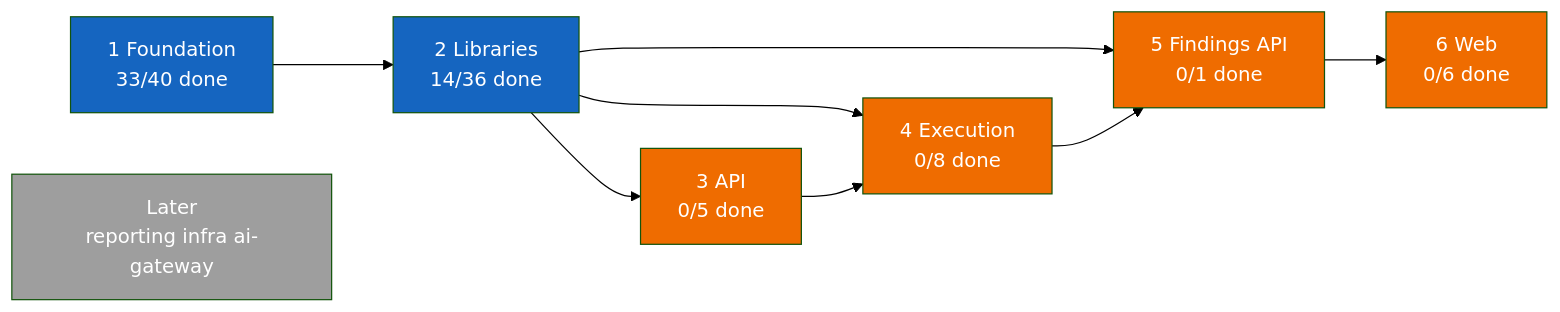
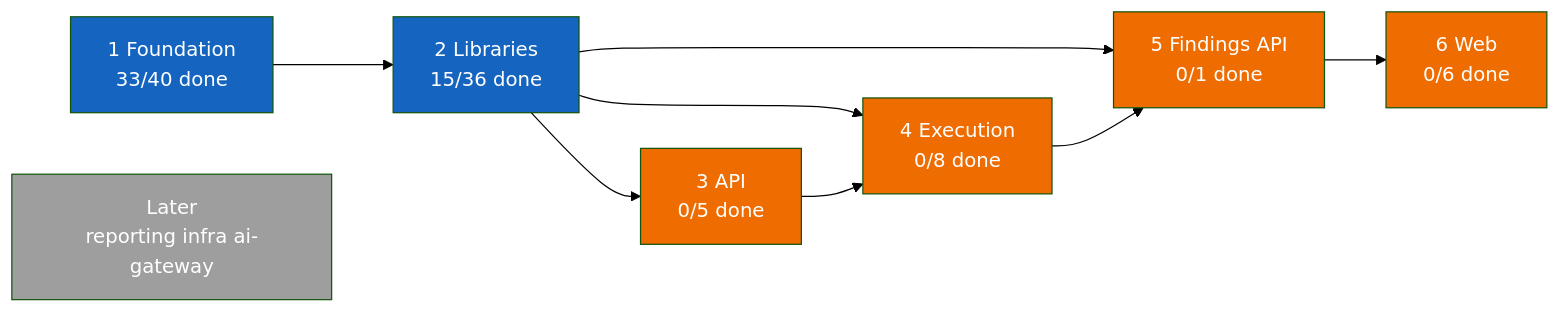
Before and after one commit to vulcanflow/docs: the first of 2 diagrams in PROGRESS.md, drawn with Mermaid (forest theme). The commit also changed other lines of this file and 1 other file, not shown here.

````diff
--- a/PROGRESS.md
+++ b/PROGRESS.md
@@ -24,31 +24,31 @@
 ```mermaid
 flowchart LR
   P1["1 Foundation<br/>33/40 done"]
-  P2["2 Libraries<br/>14/36 done"]
+  P2["2 Libraries<br/>15/36 done"]
   P3["3 API<br/>0/5 done"]
   P4["4 Execution<br/>0/8 done"]
   P5["5 Findings API<br/>0/1 done"]
   P6["6 Web<br/>0/6 done"]
   L["Later<br/>reporting infra ai-gateway"]
 
   P1 --> P2
   P2 --> P3
   P2 --> P4
   P3 --> P4
   P2 --> P5
   P4 --> P5
   P5 --> P6
 
   classDef done fill:#2e7d32,color:#fff
   classDef active fill:#1565c0,color:#fff
   classDef held fill:#9e9e9e,color:#fff
   classDef blocked fill:#ef6c00,color:#fff
 
   class P1 active
   class P2 active
   class P3 blocked
   class P4 blocked
   class P5 blocked
   class P6 blocked
   class L held
 ```
````
